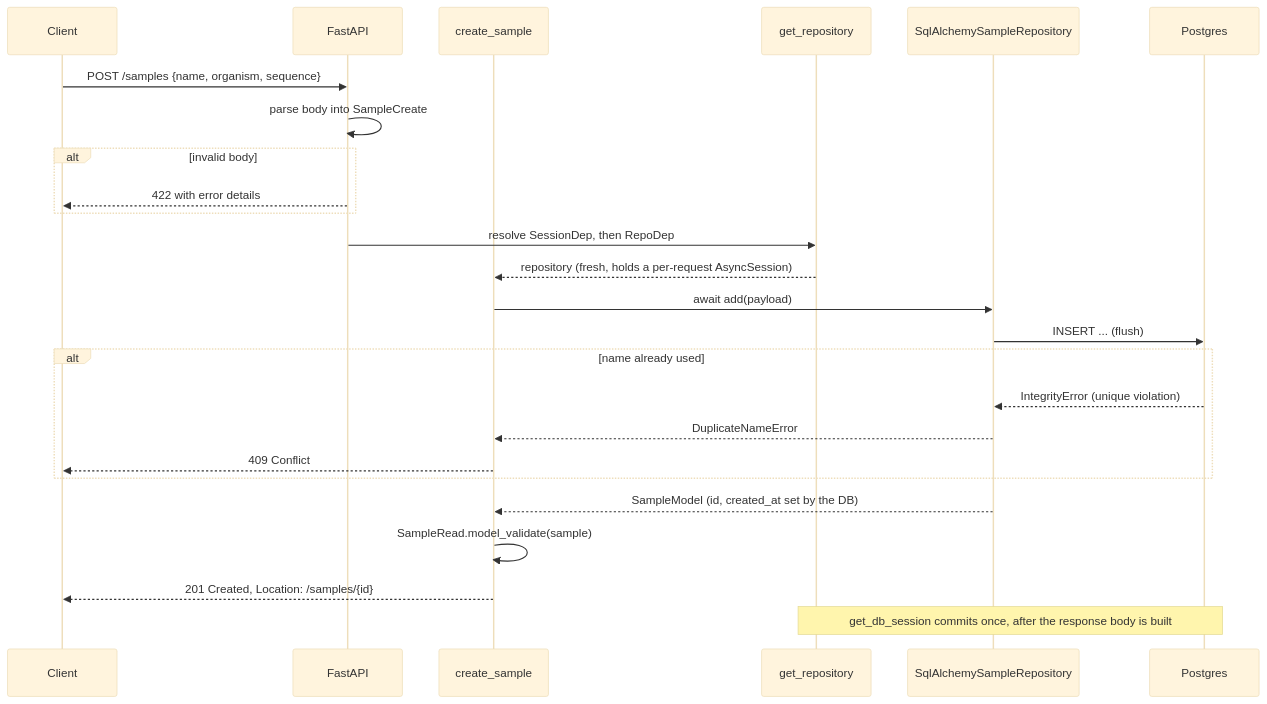
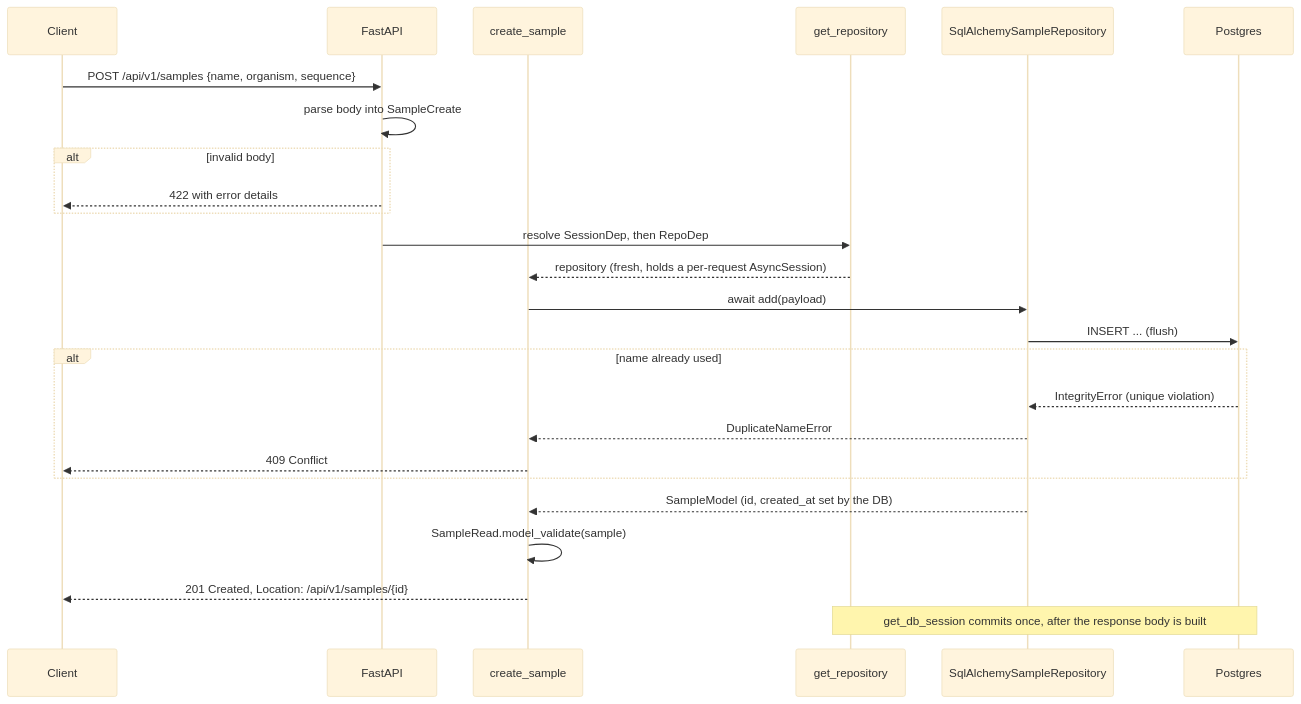
Before and after one commit to SVZhuk/SciInf_training: the second of 3 diagrams in ARCHITECTURE.md, drawn with Mermaid (base theme). The commit also changed other lines of this file and 21 other files, not shown here.

````diff
--- a/ARCHITECTURE.md
+++ b/ARCHITECTURE.md
@@ -68,27 +94,27 @@
 ```mermaid
 sequenceDiagram
     participant Client
     participant FastAPI
     participant Router as create_sample
     participant DI as get_repository
     participant Repo as SqlAlchemySampleRepository
     participant DB as Postgres
-    Client->>FastAPI: POST /samples {name, organism, sequence}
+    Client->>FastAPI: POST /api/v1/samples {name, organism, sequence}
     FastAPI->>FastAPI: parse body into SampleCreate
     alt invalid body
         FastAPI-->>Client: 422 with error details
     end
     FastAPI->>DI: resolve SessionDep, then RepoDep
     DI-->>Router: repository (fresh, holds a per-request AsyncSession)
     Router->>Repo: await add(payload)
     Repo->>DB: INSERT ... (flush)
     alt name already used
         DB-->>Repo: IntegrityError (unique violation)
         Repo-->>Router: DuplicateNameError
         Router-->>Client: 409 Conflict
     end
     Repo-->>Router: SampleModel (id, created_at set by the DB)
     Router->>Router: SampleRead.model_validate(sample)
-    Router-->>Client: 201 Created, Location: /samples/{id}
+    Router-->>Client: 201 Created, Location: /api/v1/samples/{id}
     Note over DI,DB: get_db_session commits once, after the response body is built
 ```
````
